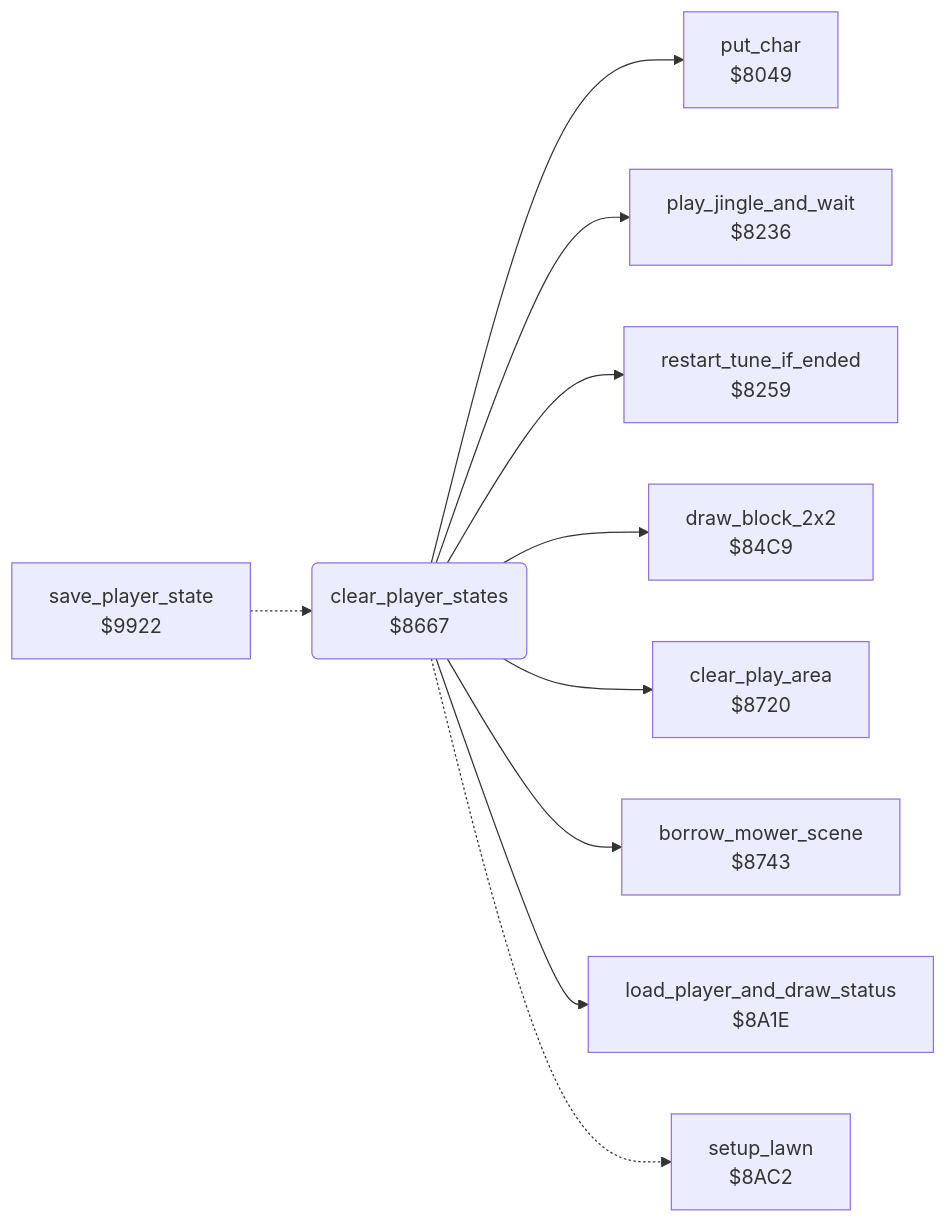
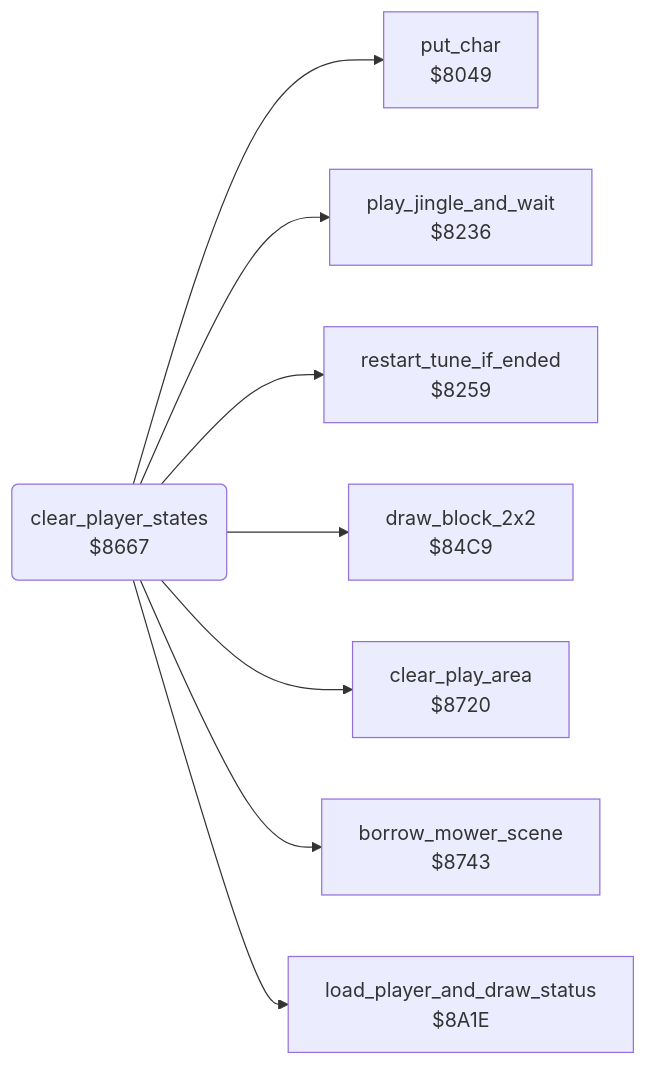
The diagram in hover_bovver/docs/reference/modules/game/player_turn.md (henols/c64_games), drawn with Mermaid before and after one commit. The commit also changed other lines of this file and 1100 other files, not shown here.

````diff
--- a/hover_bovver/docs/reference/modules/game/player_turn.md
+++ b/hover_bovver/docs/reference/modules/game/player_turn.md
@@ -10,22 +24,18 @@
 ```mermaid
 flowchart LR
   n8049["put_char<br/>$8049"]
   n8236["play_jingle_and_wait<br/>$8236"]
   n8259["restart_tune_if_ended<br/>$8259"]
   n84c9["draw_block_2x2<br/>$84C9"]
   n8667("clear_player_states<br/>$8667")
   n8720["clear_play_area<br/>$8720"]
   n8743["borrow_mower_scene<br/>$8743"]
   n8a1e["load_player_and_draw_status<br/>$8A1E"]
-  n8ac2["setup_lawn<br/>$8AC2"]
-  n9922["save_player_state<br/>$9922"]
   n8667 --> n8049
   n8667 --> n8236
   n8667 --> n8259
   n8667 --> n84c9
   n8667 --> n8720
   n8667 --> n8743
   n8667 --> n8a1e
-  n8667 -.-> n8ac2
-  n9922 -.-> n8667
 ```
````
